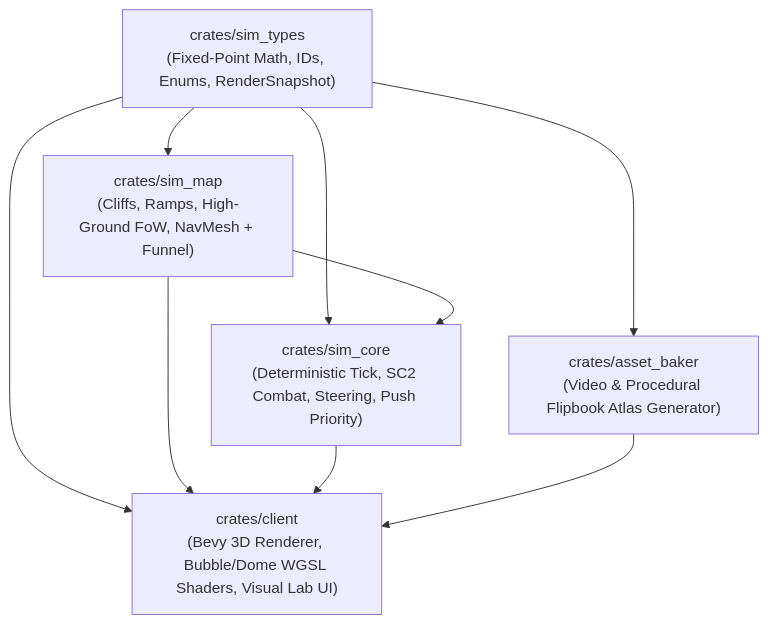
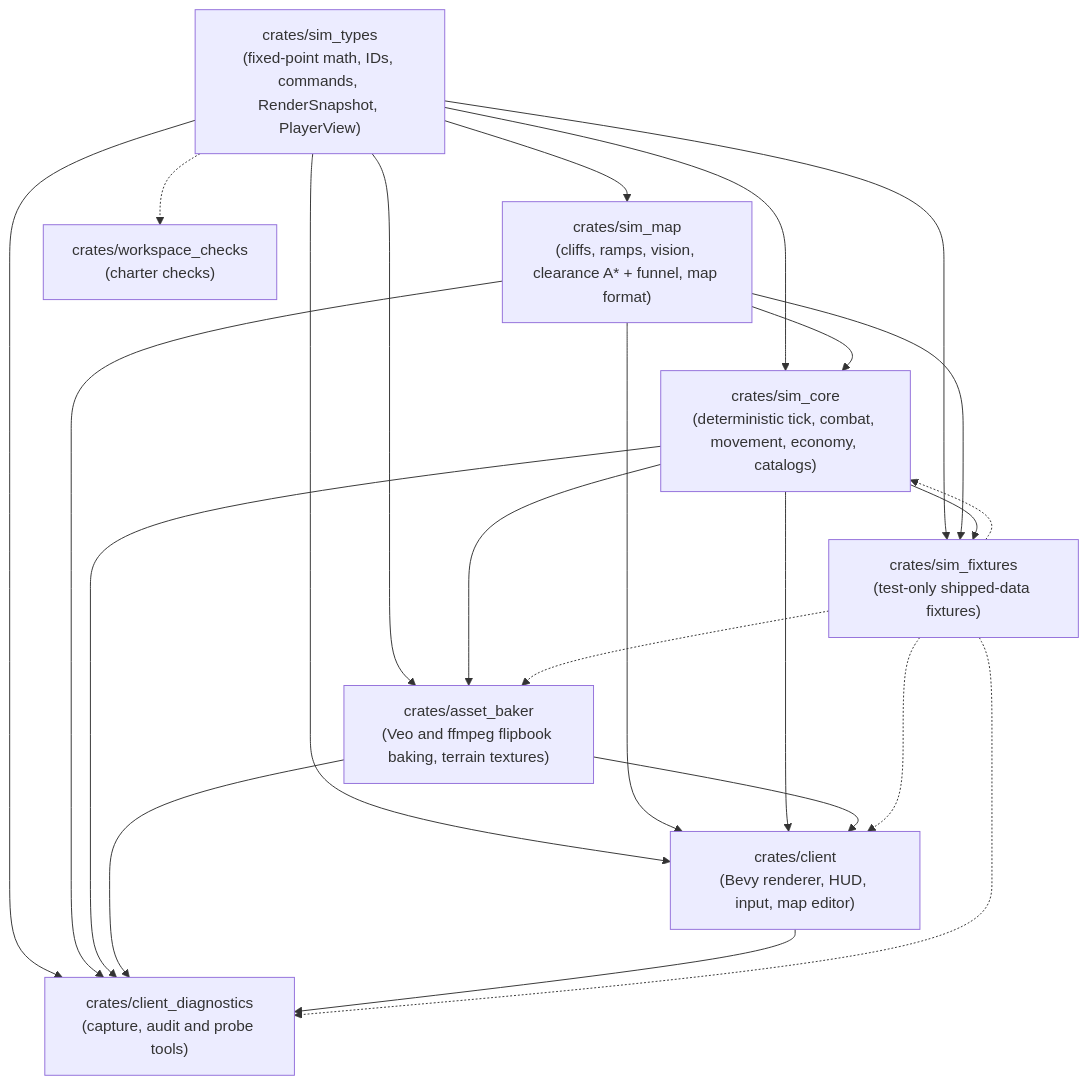
One commit to close2/space-scuffle changed the diagram in AGENTS.md. Above: the diagram before and after it, drawn with Mermaid. The commit also changed other lines of this file and 25 other files, not shown here.

````diff
--- a/AGENTS.md
+++ b/AGENTS.md
@@ -102,17 +140,34 @@
 ```mermaid
 flowchart TD
-    ST["crates/sim_types<br/>(Fixed-Point Math, IDs, Enums, RenderSnapshot)"]
-    SM["crates/sim_map<br/>(Cliffs, Ramps, High-Ground FoW, NavMesh + Funnel)"]
-    SC["crates/sim_core<br/>(Deterministic Tick, SC2 Combat, Steering, Push Priority)"]
-    AB["crates/asset_baker<br/>(Video & Procedural Flipbook Atlas Generator)"]
-    CL["crates/client<br/>(Bevy 3D Renderer, Bubble/Dome WGSL Shaders, Visual Lab UI)"]
+    ST["crates/sim_types<br/>(fixed-point math, IDs, commands, RenderSnapshot, PlayerView)"]
+    SM["crates/sim_map<br/>(cliffs, ramps, vision, clearance A* + funnel, map format)"]
+    SC["crates/sim_core<br/>(deterministic tick, combat, movement, economy, catalogs)"]
+    AB["crates/asset_baker<br/>(Veo and ffmpeg flipbook baking, terrain textures)"]
+    CL["crates/client<br/>(Bevy renderer, HUD, input, map editor)"]
+    CD["crates/client_diagnostics<br/>(capture, audit and probe tools)"]
+    FX["crates/sim_fixtures<br/>(test-only shipped-data fixtures)"]
+    WC["crates/workspace_checks<br/>(charter checks)"]
 
     ST --> SM
     ST --> SC
     SM --> SC
     ST --> AB
+    SC --> AB
     ST --> CL
     SM --> CL
     SC --> CL
     AB --> CL
+    ST --> CD
+    SM --> CD
+    SC --> CD
+    AB --> CD
+    CL --> CD
+    ST --> FX
+    SM --> FX
+    SC --> FX
+    FX -.-> SC
+    FX -.-> AB
+    FX -.-> CL
+    FX -.-> CD
+    ST -.-> WC
 ```
````
